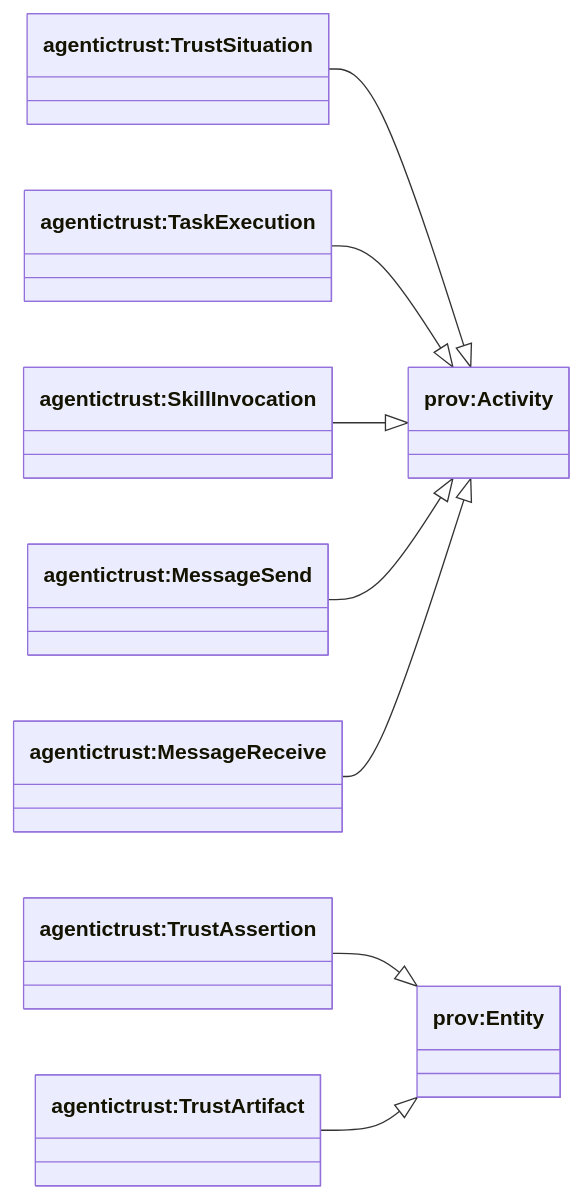
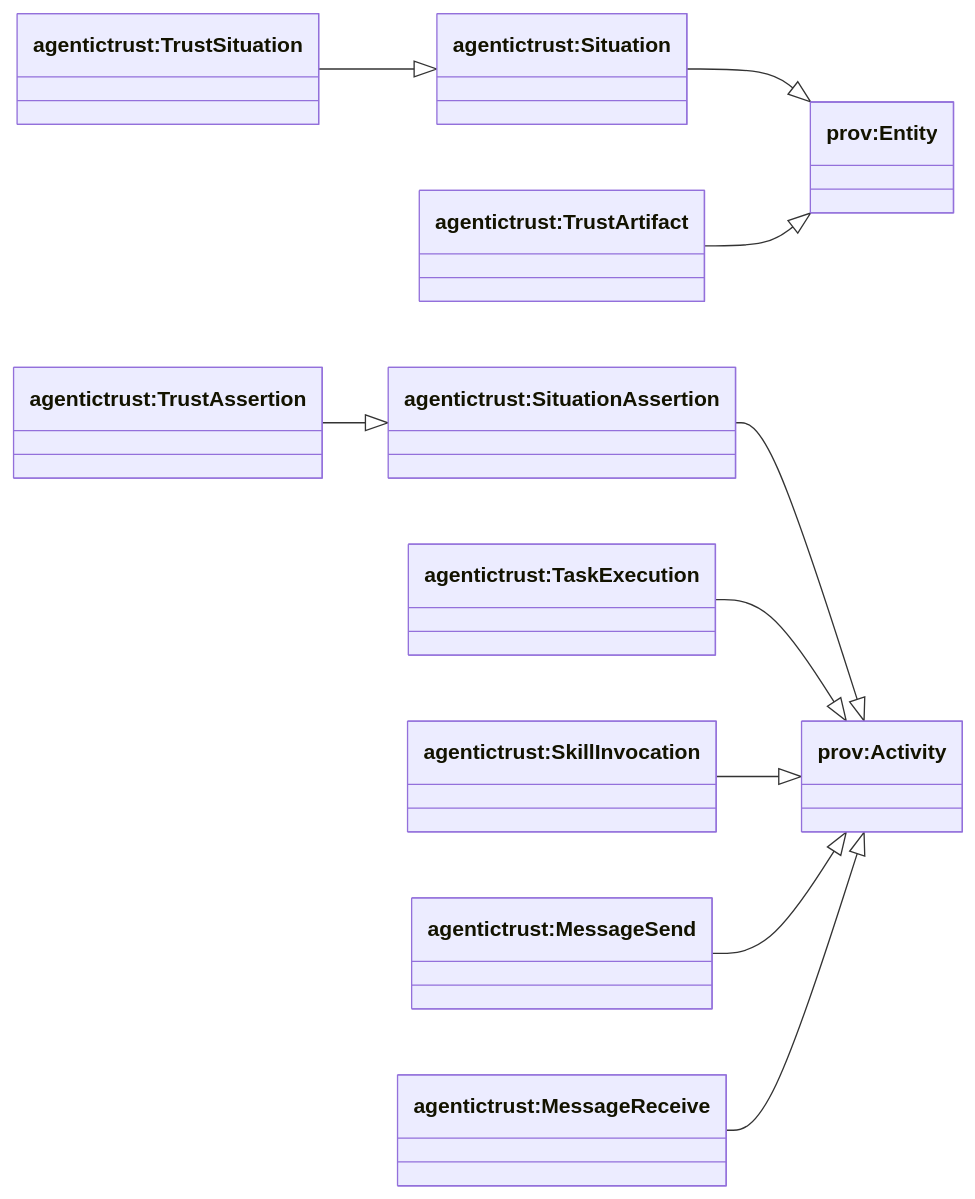
The first of 2 diagrams in docs/ontology/situation.md (Agentic-Trust-Layer/agent-explorer), drawn with Mermaid before and after one commit. The commit also changed other lines of this file and 18 other files, not shown here.

````diff
--- a/docs/ontology/situation.md
+++ b/docs/ontology/situation.md
@@ -9,25 +13,29 @@
 ```mermaid
 classDiagram
 direction LR
 
 class provActivity["prov:Activity"]
 class provEntity["prov:Entity"]
 
+class Situation["agentictrust:Situation"]
+class SituationAssertion["agentictrust:SituationAssertion"]
 class TrustSituation["agentictrust:TrustSituation"]
 class TrustAssertion["agentictrust:TrustAssertion"]
 class TrustArtifact["agentictrust:TrustArtifact"]
 
 class TaskExecution["agentictrust:TaskExecution"]
 class SkillInvocation["agentictrust:SkillInvocation"]
 class MessageSend["agentictrust:MessageSend"]
 class MessageReceive["agentictrust:MessageReceive"]
 
-TrustSituation --|> provActivity
+Situation --|> provEntity
+SituationAssertion --|> provActivity
+TrustSituation --|> Situation
+TrustAssertion --|> SituationAssertion
 TaskExecution --|> provActivity
 SkillInvocation --|> provActivity
 MessageSend --|> provActivity
 MessageReceive --|> provActivity
 
-TrustAssertion --|> provEntity
 TrustArtifact --|> provEntity
 ```
````
